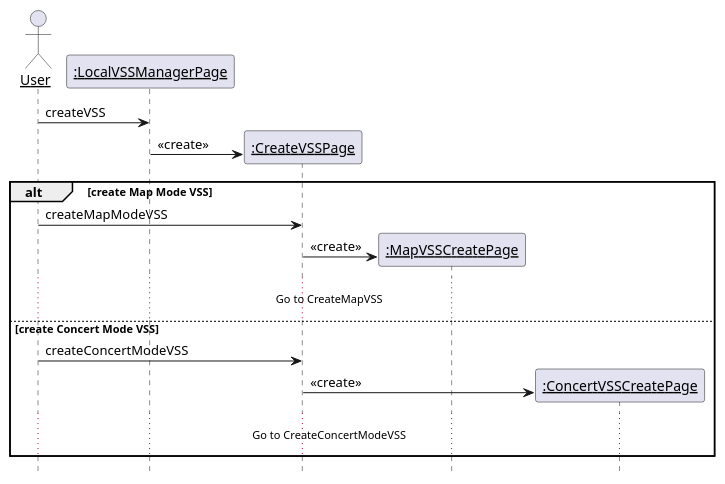
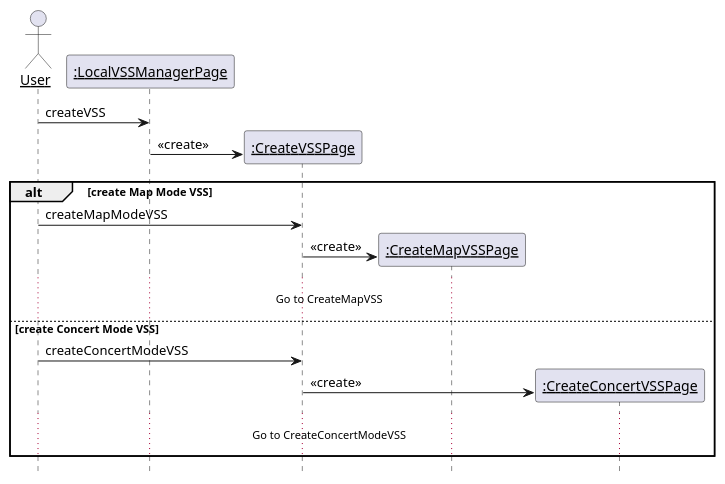
One commit to kpp19920121/doc changed the fourth of 21 diagrams in 需求定义和分析/SeqDiagram.md. Above: the diagram before and after it, drawn with PlantUML. The commit also changed other lines of this file and 7 other files, not shown here.

````diff
--- a/需求定义和分析/SeqDiagram.md
+++ b/需求定义和分析/SeqDiagram.md
@@ -232,28 +189,28 @@
 ```PlantUML
 @startuml CreateVSS
 hide footbox
 skinparam sequenceParticipant underline
 
 actor User as user
 participant ":LocalVSSManagerPage" as manage
 participant ":CreateVSSPage" as page
-participant ":MapVSSCreatePage" as map
-participant ":ConcertVSSCreatePage" as concert
+participant ":CreateMapVSSPage" as map
+participant ":CreateConcertVSSPage" as concert
 
 user -> manage: createVSS
 create page
 manage -> page: <<create>>
 alt create Map Mode VSS
     user -> page: createMapModeVSS
     create map
     page -> map: <<create>>
     ...Go to CreateMapVSS...
 else create Concert Mode VSS
     user -> page: createConcertModeVSS
     create concert
     page -> concert: <<create>>
     ...Go to CreateConcertModeVSS...
 end
 
 @enduml
 ```
````
